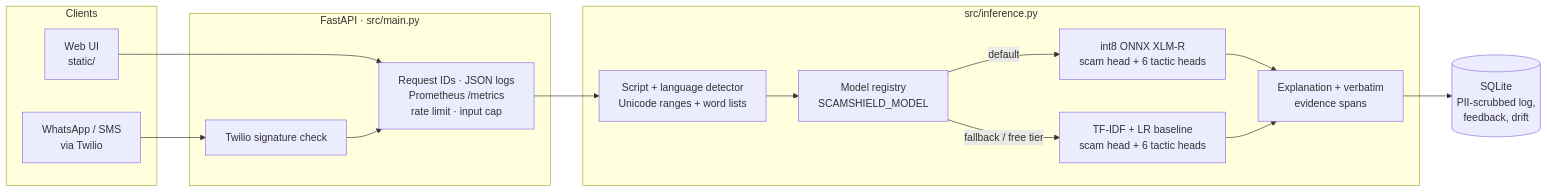
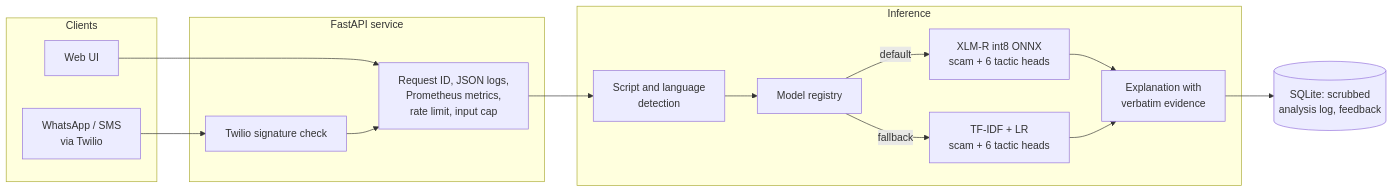
The diagram in README.md (pavan-dangeti/ScamShield-AI), drawn with Mermaid before and after one commit. The commit also changed other lines of this file, not shown here.

````diff
--- a/README.md
+++ b/README.md
@@ -44,27 +46,27 @@
 ```mermaid
 flowchart LR
     subgraph Clients
-        W[Web UI<br/>static/]
+        W[Web UI]
         T[WhatsApp / SMS<br/>via Twilio]
     end
-    subgraph API["FastAPI · src/main.py"]
-        M[Request IDs · JSON logs<br/>Prometheus /metrics<br/>rate limit · input cap]
+    subgraph API["FastAPI service"]
+        M[Request ID, JSON logs,<br/>Prometheus metrics,<br/>rate limit, input cap]
         S[Twilio signature check]
     end
-    subgraph Inference["src/inference.py"]
-        D[Script + language detector<br/>Unicode ranges + word lists]
-        R[Model registry<br/>SCAMSHIELD_MODEL]
-        X[int8 ONNX XLM-R<br/>scam head + 6 tactic heads]
-        B[TF-IDF + LR baseline<br/>scam head + 6 tactic heads]
-        E[Explanation + verbatim<br/>evidence spans]
+    subgraph Inference
+        D[Script and language<br/>detection]
+        R[Model registry]
+        X[XLM-R int8 ONNX<br/>scam + 6 tactic heads]
+        B[TF-IDF + LR<br/>scam + 6 tactic heads]
+        E[Explanation with<br/>verbatim evidence]
     end
-    DB[(SQLite<br/>PII-scrubbed log,<br/>feedback, drift)]
+    DB[(SQLite: scrubbed<br/>analysis log, feedback)]
     W --> M
     T --> S --> M
     M --> D --> R
     R -->|default| X
-    R -->|fallback / free tier| B
+    R -->|fallback| B
     X --> E
     B --> E
     E --> DB
 ```
````
